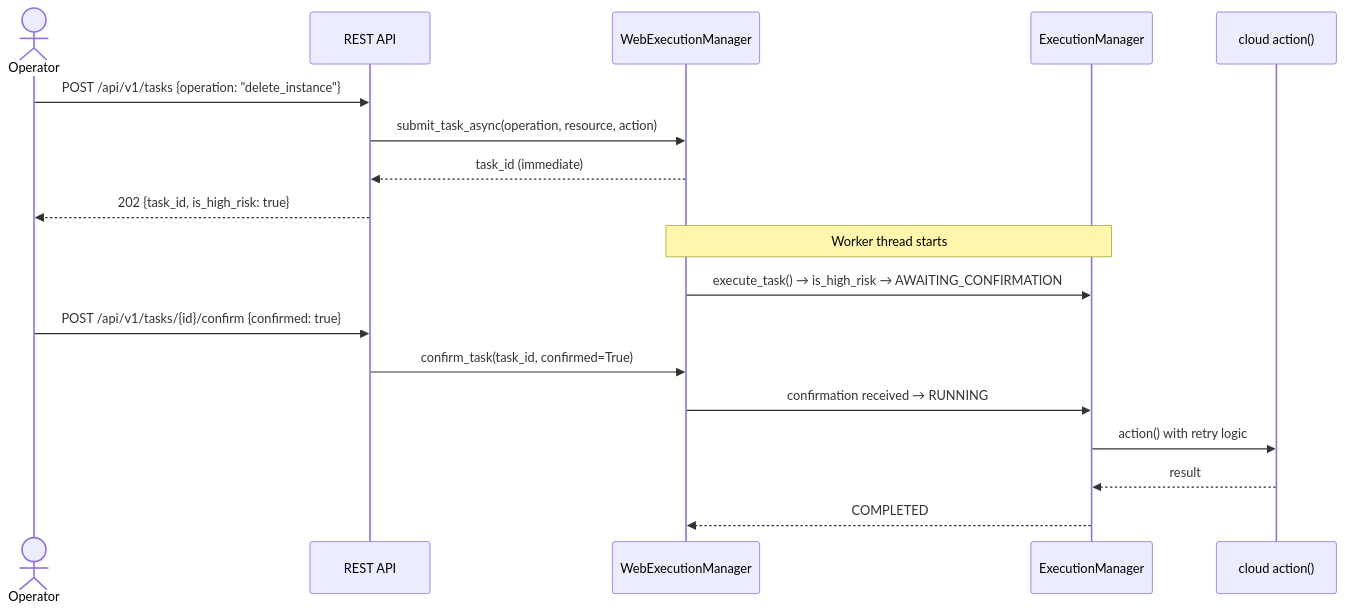
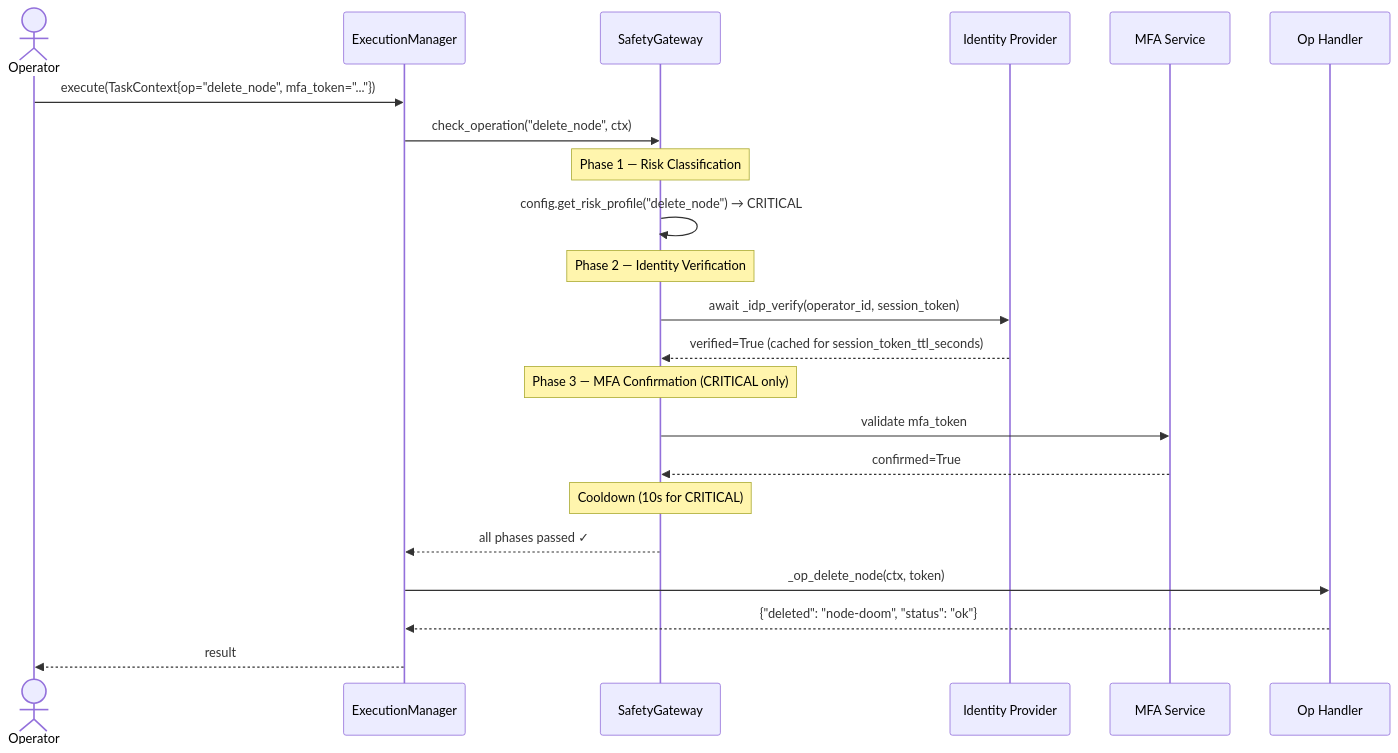
Before and after one commit to citizen204/cloud-ops-ai-agent: the third of 8 diagrams in README.md, drawn with Mermaid. The commit also changed other lines of this file, not shown here.

````diff
--- a/README.md
+++ b/README.md
@@ -110,24 +173,30 @@
 ```mermaid
 sequenceDiagram
     actor Operator
-    participant API as REST API
-    participant WEM as WebExecutionManager
     participant EM as ExecutionManager
-    participant Action as cloud action()
+    participant GW as SafetyGateway
+    participant IdP as Identity Provider
+    participant TOTP as MFA Service
+    participant Handler as Op Handler
 
-    Operator->>API: POST /api/v1/tasks {operation: "delete_instance"}
-    API->>WEM: submit_task_async(operation, resource, action)
-    WEM-->>API: task_id (immediate)
-    API-->>Operator: 202 {task_id, is_high_risk: true}
+    Operator->>EM: execute(TaskContext{op="delete_node", mfa_token="..."})
+    EM->>GW: check_operation("delete_node", ctx)
 
-    Note over WEM,EM: Worker thread starts
-    WEM->>EM: execute_task() → is_high_risk → AWAITING_CONFIRMATION
+    Note over GW: Phase 1 — Risk Classification
+    GW->>GW: config.get_risk_profile("delete_node") → CRITICAL
 
-    Operator->>API: POST /api/v1/tasks/{id}/confirm {confirmed: true}
-    API->>WEM: confirm_task(task_id, confirmed=True)
+    Note over GW: Phase 2 — Identity Verification
+    GW->>IdP: await _idp_verify(operator_id, session_token)
+    IdP-->>GW: verified=True  (cached for session_token_ttl_seconds)
 
-    WEM->>EM: confirmation received → RUNNING
-    EM->>Action: action() with retry logic
-    Action-->>EM: result
-    EM-->>WEM: COMPLETED
+    Note over GW: Phase 3 — MFA Confirmation (CRITICAL only)
+    GW->>TOTP: validate mfa_token
+    TOTP-->>GW: confirmed=True
+
+    Note over GW: Cooldown (10s for CRITICAL)
+    GW-->>EM: all phases passed ✓
+
+    EM->>Handler: _op_delete_node(ctx, token)
+    Handler-->>EM: {"deleted": "node-doom", "status": "ok"}
+    EM-->>Operator: result
 ```
````
